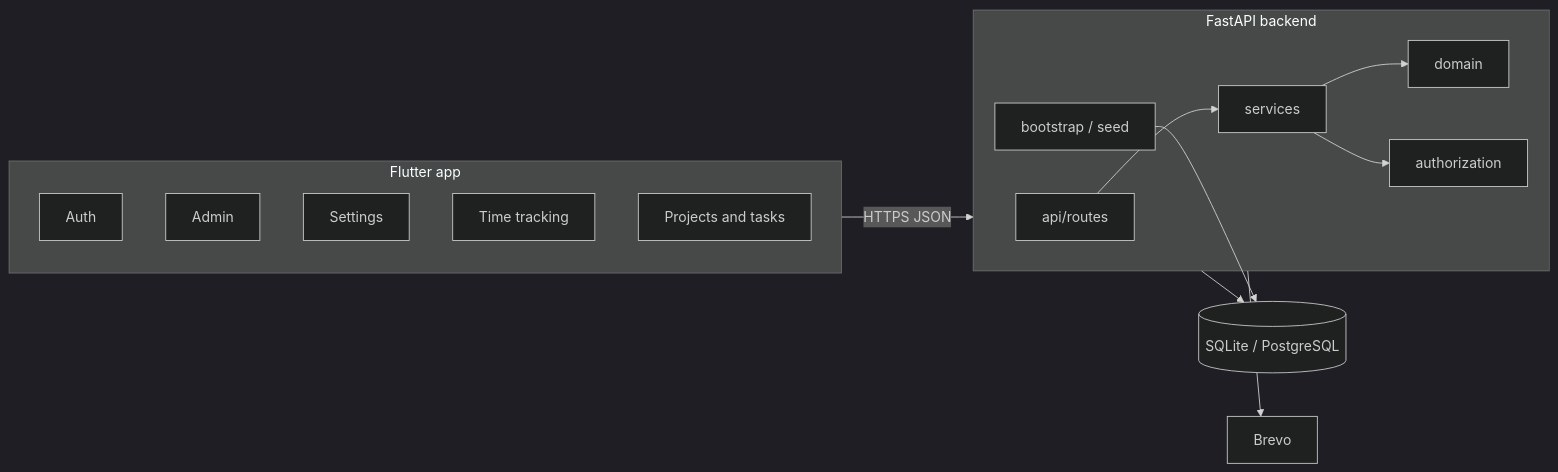
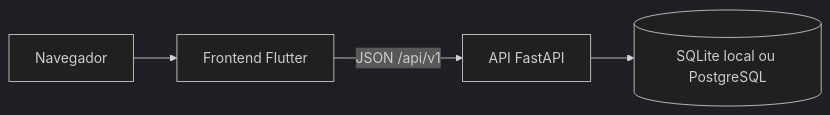
The diagram in README.md (MarcosAlves90/touchin), drawn with Mermaid (dark theme) before and after one commit. The commit also changed other lines of this file and 4 other files, not shown here.

````diff
--- a/README.md
+++ b/README.md
@@ -28,29 +9,6 @@
 ```mermaid
 flowchart LR
-  subgraph App["Flutter app"]
-    Auth[Auth]
-    Admin[Admin]
-    Settings[Settings]
-    Time[Time tracking]
-    Projects[Projects and tasks]
-  end
-
-  subgraph Api["FastAPI backend"]
-    Routes[api/routes]
-    Services[services]
-    Domain[domain]
-    Authz[authorization]
-    Boot[bootstrap / seed]
-  end
-
-  DB[(SQLite / PostgreSQL)]
-  Mail[Brevo]
-
-  App -->|HTTPS JSON| Api
-  Routes --> Services
-  Services --> Domain
-  Services --> Authz
-  Boot --> DB
-  Api --> DB
-  Api --> Mail
+  Browser[Navegador] --> App[Frontend Flutter]
+  App -->|JSON /api/v1| API[API FastAPI]
+  API --> DB[(SQLite local ou PostgreSQL)]
 ```
````
